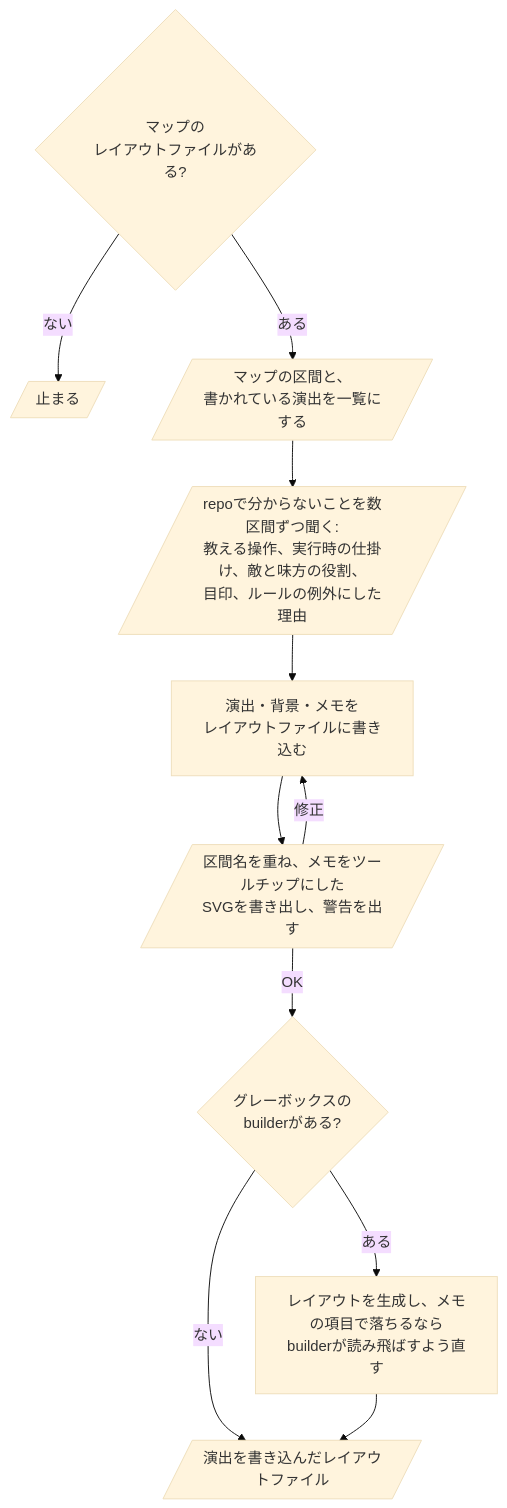
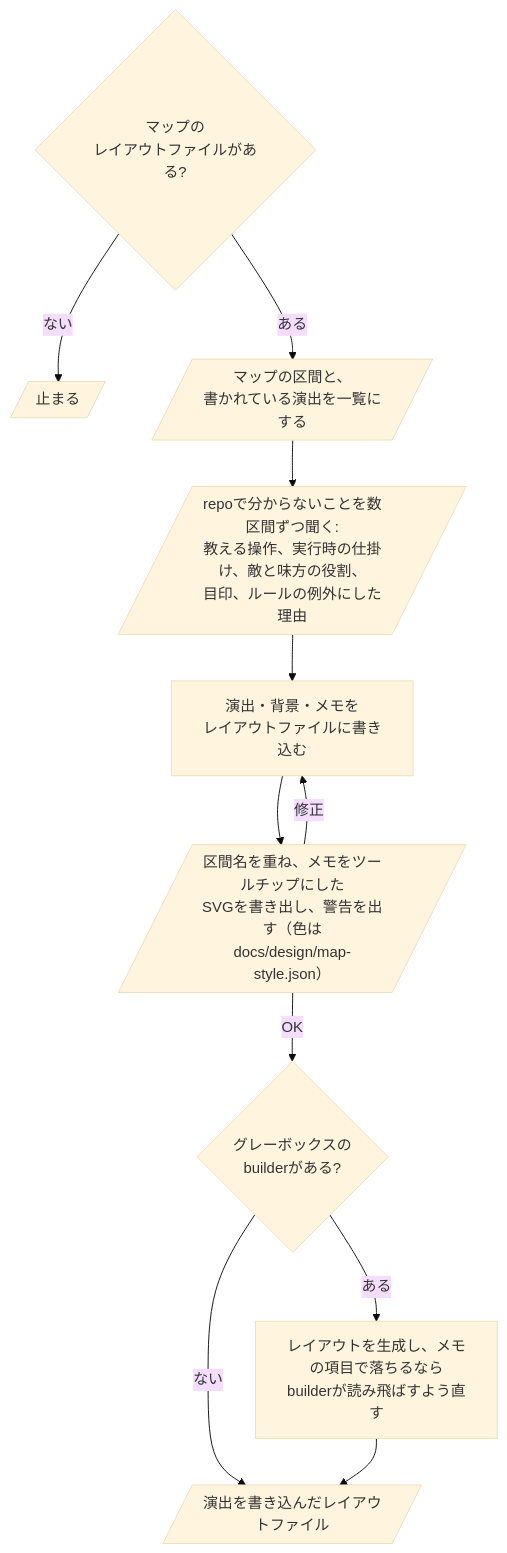
One commit to omni-stove/skill-kit changed the diagram in domains/game/skills/map-beats/README.ja.md. Above: the diagram before and after it, drawn with Mermaid (base theme). The commit also changed 19 other files, not shown here.

````diff
--- a/domains/game/skills/map-beats/README.ja.md
+++ b/domains/game/skills/map-beats/README.ja.md
@@ -3,14 +3,14 @@
 ```mermaid
 flowchart TD
   start{マップの<br/>レイアウトファイルがある?}
   start -- "ない" --> stop[/止まる/]
   start -- "ある" --> sections[/マップの区間と、<br/>書かれている演出を一覧にする/]
   sections --> ask[/repoで分からないことを数区間ずつ聞く:<br/>教える操作、実行時の仕掛け、敵と味方の役割、<br/>目印、ルールの例外にした理由/]
   ask --> write[演出・背景・メモを<br/>レイアウトファイルに書き込む]
-  write --> view[/区間名を重ね、メモをツールチップにした<br/>SVGを書き出し、警告を出す/]
+  write --> view[/区間名を重ね、メモをツールチップにした<br/>SVGを書き出し、警告を出す（色は<br/>docs/design/map-style.json）/]
   view -- "修正" --> write
   view -- "OK" --> builder{グレーボックスの<br/>builderがある?}
   builder -- "ない" --> done
   builder -- "ある" --> build[レイアウトを生成し、メモの項目で落ちるなら<br/>builderが読み飛ばすよう直す]
   build --> done[/演出を書き込んだレイアウトファイル/]
 ```
````
